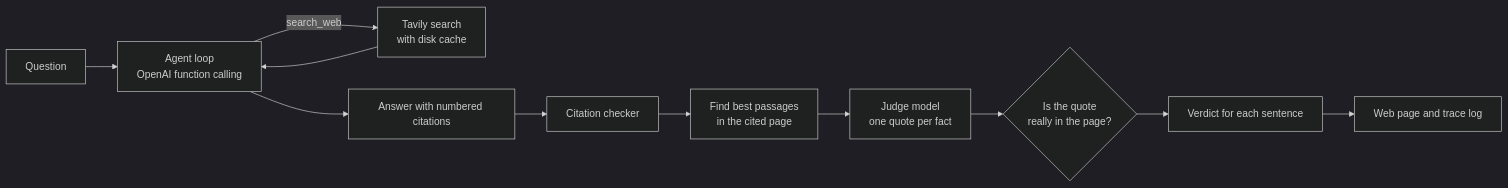
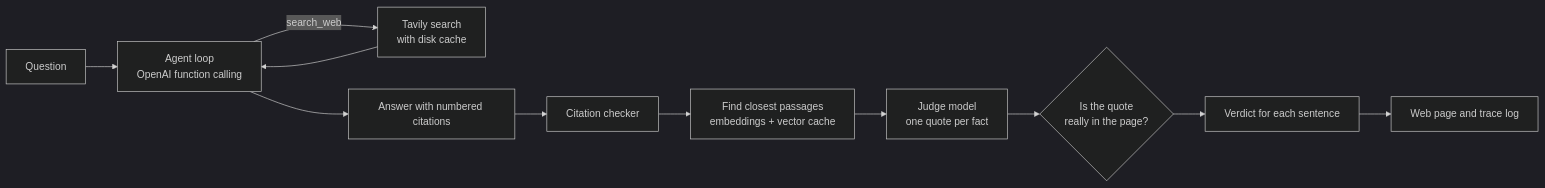
One commit to manaswichowdary/cite changed the diagram in README.md. Above: the diagram before and after it, drawn with Mermaid (dark theme). The commit also changed other lines of this file and 10 other files, not shown here.

Commit message:
Find evidence by embeddings with a disk vector cache, compare with word matching

````diff
--- a/README.md
+++ b/README.md
@@ -29,13 +29,13 @@
 ```mermaid
 flowchart LR
     Q[Question] --> A[Agent loop<br/>OpenAI function calling]
     A -->|search_web| T[Tavily search<br/>with disk cache]
     T --> A
     A --> R[Answer with numbered citations]
     R --> C[Citation checker]
-    C --> P[Find best passages<br/>in the cited page]
+    C --> P[Find closest passages<br/>embeddings + vector cache]
     P --> J[Judge model<br/>one quote per fact]
     J --> V{Is the quote<br/>really in the page?}
     V --> S[Verdict for each sentence]
     S --> W[Web page and trace log]
 ```
````
